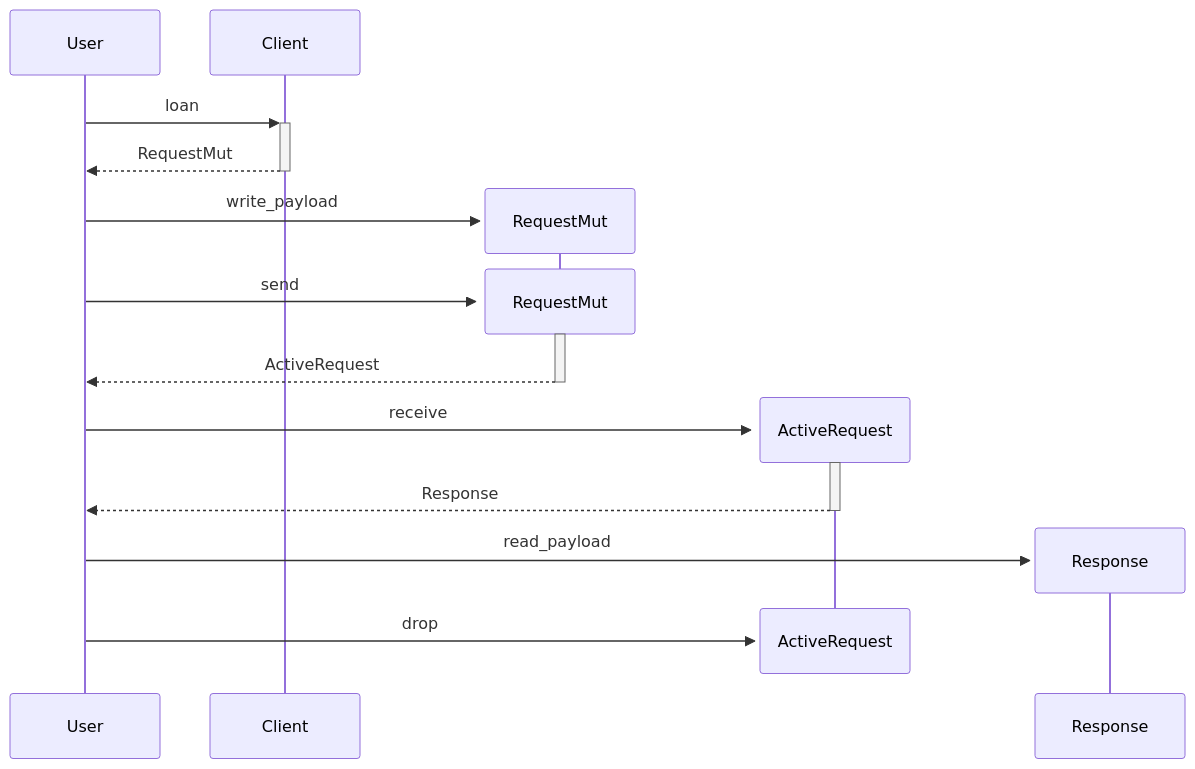
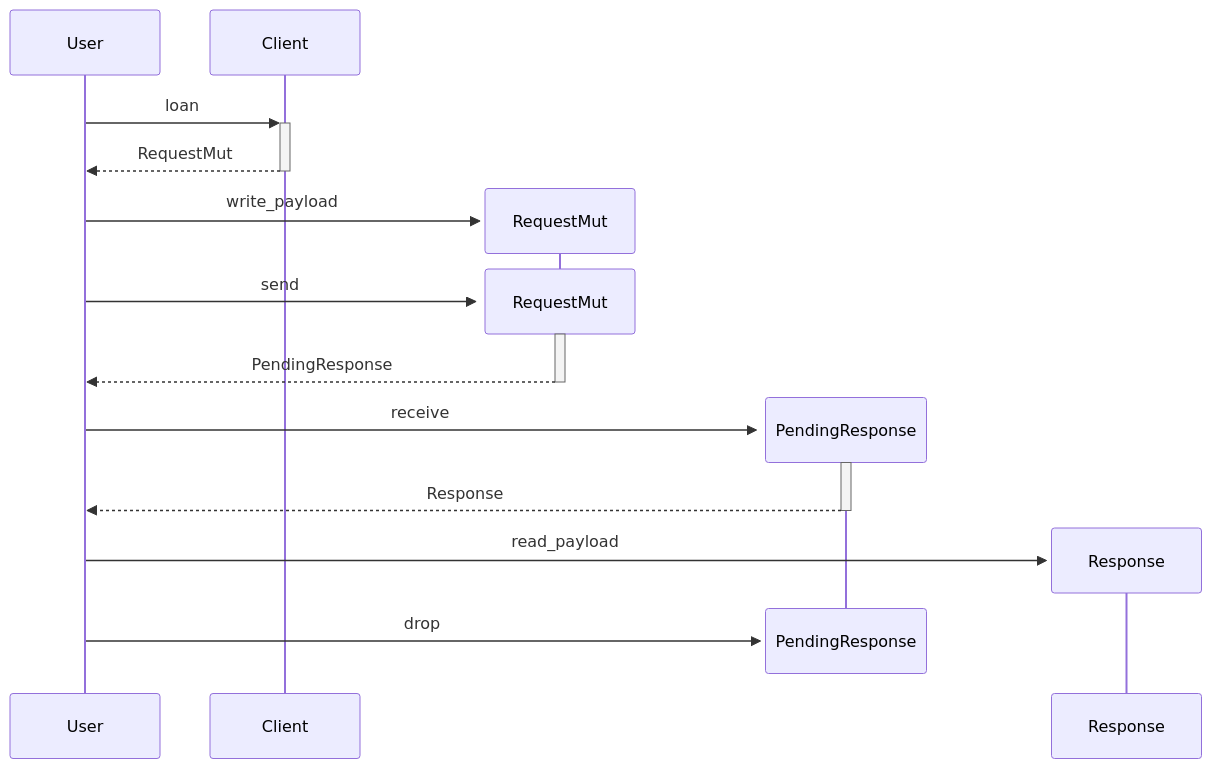
Before and after one commit to eclipse-iceoryx/iceoryx2: the second of 3 diagrams in doc/user-documentation/request-response.md, drawn with Mermaid. The commit also changed other lines of this file and 6 other files, not shown here.

Commit message:
[#429] Implement request receive on subscriber side

````diff
--- a/doc/user-documentation/request-response.md
+++ b/doc/user-documentation/request-response.md
@@ -19,17 +19,17 @@
 ```mermaid
 sequenceDiagram
     User->>+Client: loan
     Client-->>-User: RequestMut
     create participant RequestMut
     User->>RequestMut: write_payload
     destroy RequestMut
     User->>+RequestMut: send
-    RequestMut-->>-User: ActiveRequest
-    create participant ActiveRequest
-    User->>+ActiveRequest: receive
-    ActiveRequest-->>-User: Response
+    RequestMut-->>-User: PendingResponse
+    create participant PendingResponse
+    User->>+PendingResponse: receive
+    PendingResponse-->>-User: Response
     create participant Response
     User->>Response: read_payload
-    destroy ActiveRequest
-    User->>ActiveRequest: drop
+    destroy PendingResponse
+    User->>PendingResponse: drop
 ```
````
